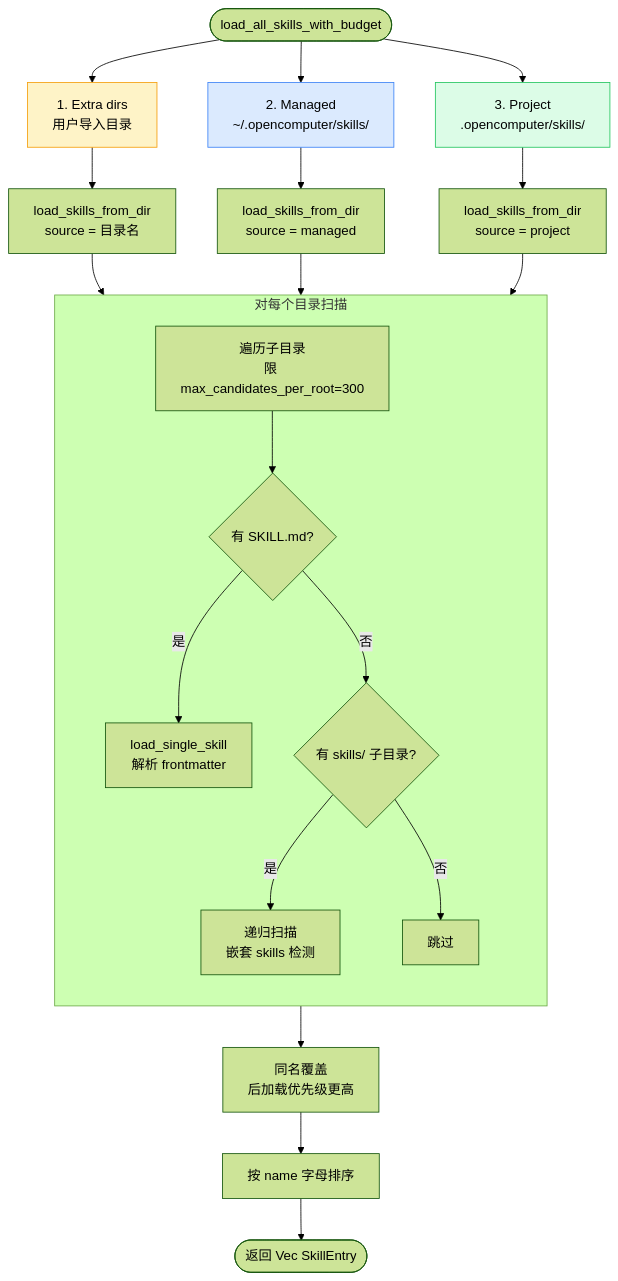
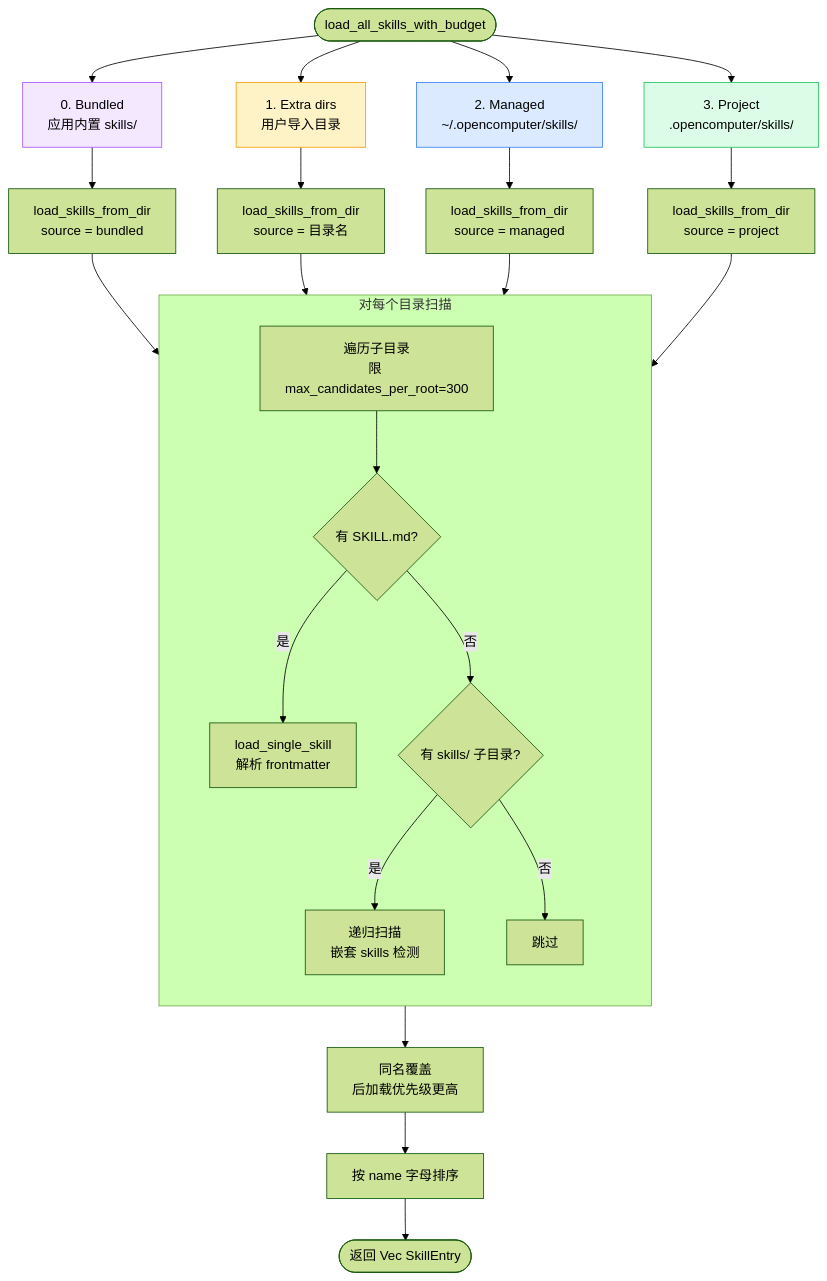
One commit to shiwenwen/hope-agent changed the third of 14 diagrams in docs/architecture/skill-system.md. Above: the diagram before and after it, drawn with Mermaid (forest theme). The commit also changed other lines of this file, not shown here.

First line of the commit message:
docs: 更新技能系统架构文档，补充内置技能（Bundled Skills）

````diff
--- a/docs/architecture/skill-system.md
+++ b/docs/architecture/skill-system.md
@@ -263,29 +269,32 @@
 ```mermaid
 flowchart TD
-    START([load_all_skills_with_budget]) --> E["1. Extra dirs<br/>用户导入目录"]
+    START([load_all_skills_with_budget]) --> B["0. Bundled<br/>应用内置 skills/"]
+    START --> E["1. Extra dirs<br/>用户导入目录"]
     START --> M["2. Managed<br/>~/.opencomputer/skills/"]
     START --> P["3. Project<br/>.opencomputer/skills/"]
 
+    B --> LOAD_B["load_skills_from_dir<br/>source = bundled"]
     E --> LOAD_E["load_skills_from_dir<br/>source = 目录名"]
     M --> LOAD_M["load_skills_from_dir<br/>source = managed"]
     P --> LOAD_P["load_skills_from_dir<br/>source = project"]
 
-    LOAD_E & LOAD_M & LOAD_P --> SCAN
+    LOAD_B & LOAD_E & LOAD_M & LOAD_P --> SCAN
 
     subgraph SCAN["对每个目录扫描"]
         direction TB
         DIR["遍历子目录<br/>限 max_candidates_per_root=300"] --> HAS{"有 SKILL.md?"}
         HAS -->|是| PARSE["load_single_skill<br/>解析 frontmatter"]
         HAS -->|否| NESTED{"有 skills/ 子目录?"}
         NESTED -->|是| RECURSE["递归扫描<br/>嵌套 skills 检测"]
         NESTED -->|否| SKIP["跳过"]
     end
 
     SCAN --> DEDUP["同名覆盖<br/>后加载优先级更高"]
     DEDUP --> SORT["按 name 字母排序"]
     SORT --> RESULT(["返回 Vec SkillEntry"])
 
+    style B fill:#f3e8ff,stroke:#a855f7
     style E fill:#fef3c7,stroke:#f59e0b
     style M fill:#dbeafe,stroke:#3b82f6
     style P fill:#dcfce7,stroke:#22c55e
 ```
````
